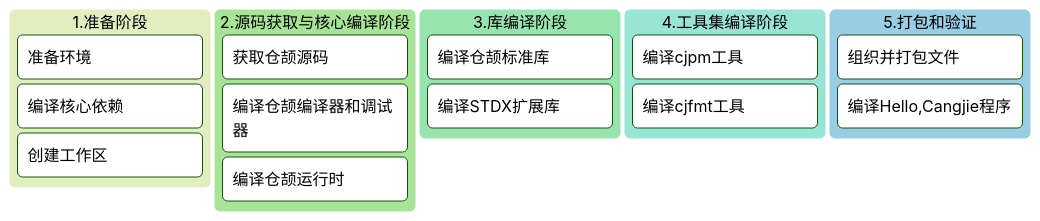
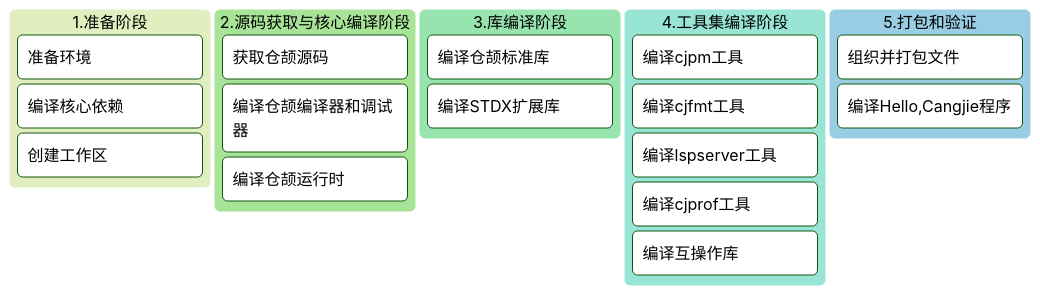
The diagram in docs/linux_cross_ohos.md (causerp/cangjie_build), drawn with Mermaid (forest theme) before and after one commit. The commit also changed other lines of this file and 21 other files, not shown here.

````diff
--- a/docs/linux_cross_ohos.md
+++ b/docs/linux_cross_ohos.md
@@ -9,20 +9,23 @@
 ```mermaid
 kanban
   1.准备阶段
     A[准备环境]
     B[编译核心依赖]
     C[创建工作区]
   2.源码获取与核心编译阶段
     D[获取仓颉源码]
     E[编译仓颉编译器和调试器]
     F[编译仓颉运行时]
   3.库编译阶段
     G[编译仓颉标准库]
     H[编译STDX扩展库]
   4.工具集编译阶段
     I[编译cjpm工具]
     J[编译cjfmt工具]
+    O[编译lspserver工具]
+    P[编译cjprof工具]
+    Q[编译互操作库]
   5.打包和验证
-    P[组织并打包文件]
-    Q[编译Hello,Cangjie程序]
+    R[组织并打包文件]
+    S[编译Hello,Cangjie程序]
 ```
````
